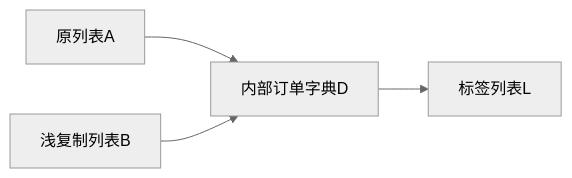
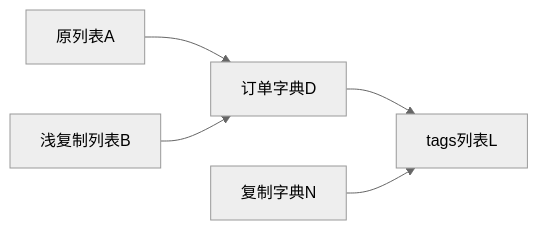
Before and after one commit to borderf/python-agent-lab: the second of 2 diagrams in docs/python-book/03-容器、推导式与数据转换.md, drawn with Mermaid (neutral theme). The commit also changed other lines of this file and 8 other files, not shown here.

````diff
--- a/docs/python-book/03-容器、推导式与数据转换.md
+++ b/docs/python-book/03-容器、推导式与数据转换.md
@@ -309,6 +265,7 @@
 ```mermaid
 flowchart LR
-    A[原列表A] --> D[内部订单字典D]
+    A[原列表A] --> D[订单字典D]
     B[浅复制列表B] --> D
-    D --> L[标签列表L]
+    D --> L[tags列表L]
+    N[复制字典N] --> L
 ```
````
